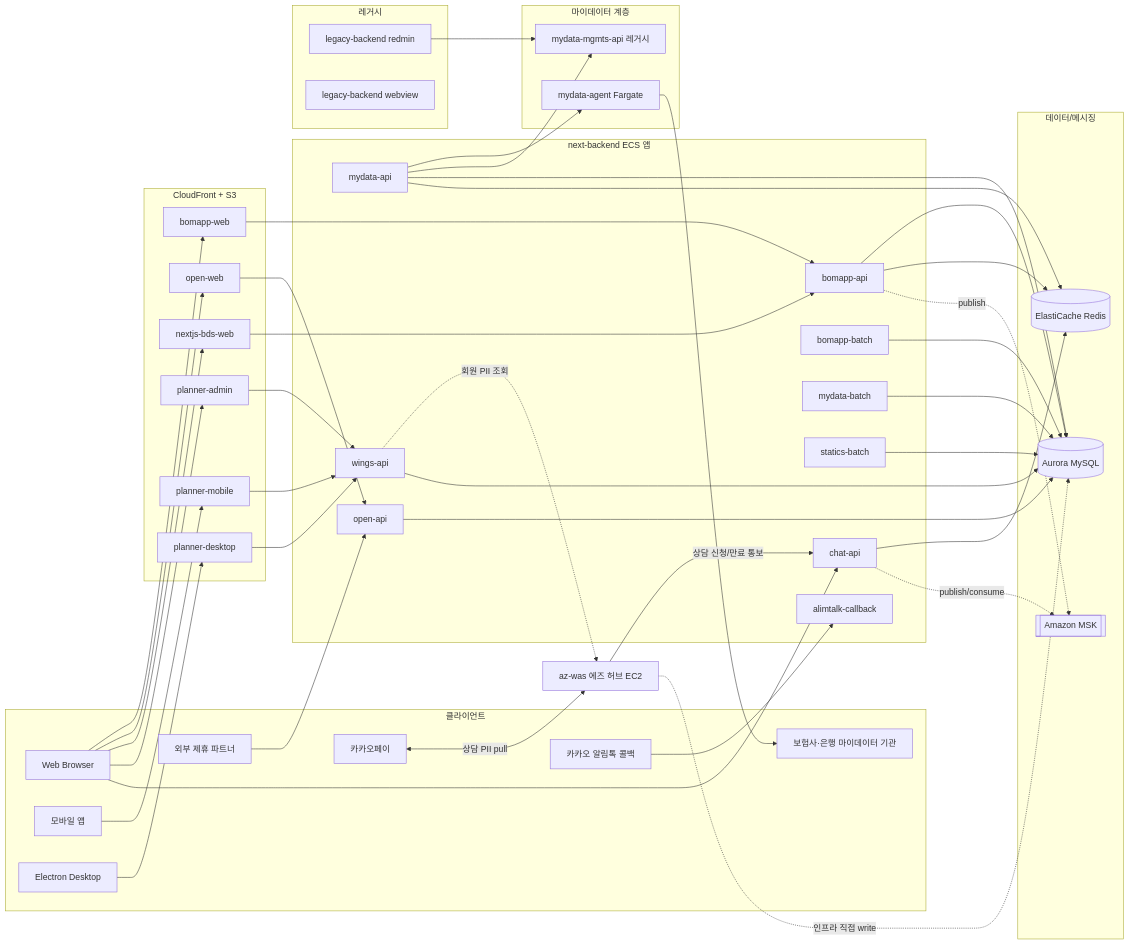
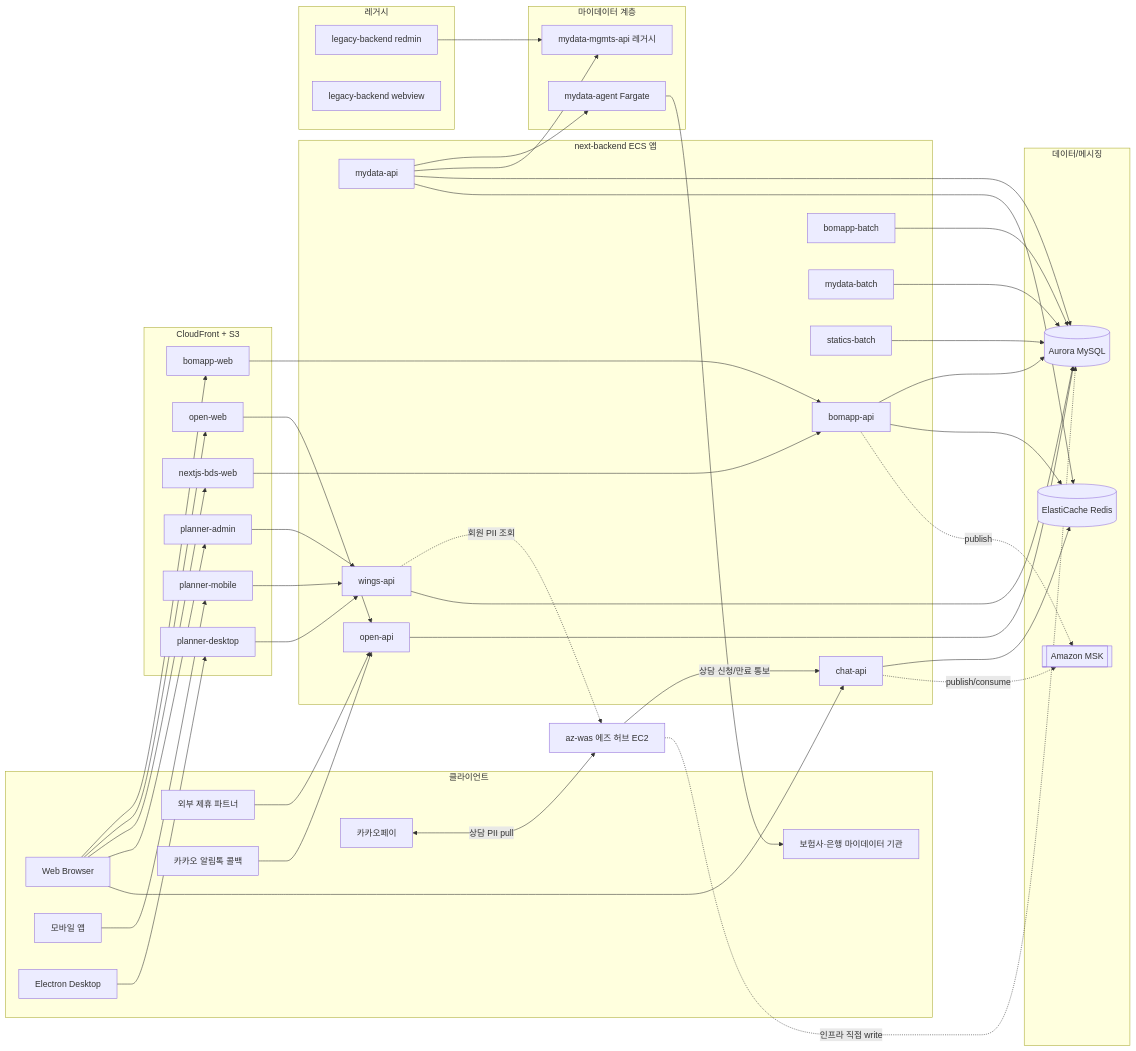
The diagram in docs/architecture.md (justin-fnx/overmind), drawn with Mermaid before and after one commit. The commit also changed other lines of this file and 4 other files, not shown here.

First line of the commit message:
[AI] docs: next-backend 정본 GitLab 이전 반영 (+ alimtalk-callback 디커미션·vkey 환경격리 동반)

```diff
--- a/docs/architecture.md
+++ b/docs/architecture.md
@@ -176,7 +176,6 @@
     mydata_api[mydata-api]
     open_api[open-api]
     wings_api[wings-api]
-    alimtalk_cb[alimtalk-callback]
     bomapp_batch[bomapp-batch]
     mydata_batch[mydata-batch]
     statics_batch[statics-batch]
@@ -207,7 +206,7 @@
   Browser --> chat_api
 
   Partners --> open_api
-  KakaoCB --> alimtalk_cb
+  KakaoCB --> open_api
 
   Kakaopay <-->|상담 PII pull| az_was[az-was 에즈 허브 EC2]
   az_was -->|상담 신청/만료 통보| chat_api
```
